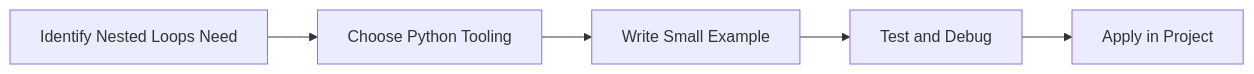
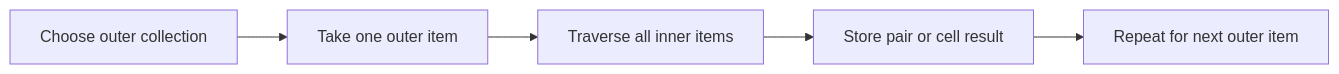
The diagram in Python-Mastery/Beginner/12-nested-loops.md (SYMOIZ/E-Learning-Portal), drawn with Mermaid before and after one commit. The commit also changed other lines of this file and 116 other files, not shown here.

````diff
--- a/Python-Mastery/Beginner/12-nested-loops.md
+++ b/Python-Mastery/Beginner/12-nested-loops.md
@@ -129,7 +140,12 @@
 ```mermaid
 flowchart LR
-    A[Identify Nested Loops Need] --> B[Choose Python Tooling]
-    B --> C[Write Small Example]
-    C --> D[Test and Debug]
-    D --> E[Apply in Project]
+    A[Choose outer collection]
+    B[Take one outer item]
+    C[Traverse all inner items]
+    D[Store pair or cell result]
+    E[Repeat for next outer item]
+    A --> B
+    B --> C
+    C --> D
+    D --> E
 ```
````
